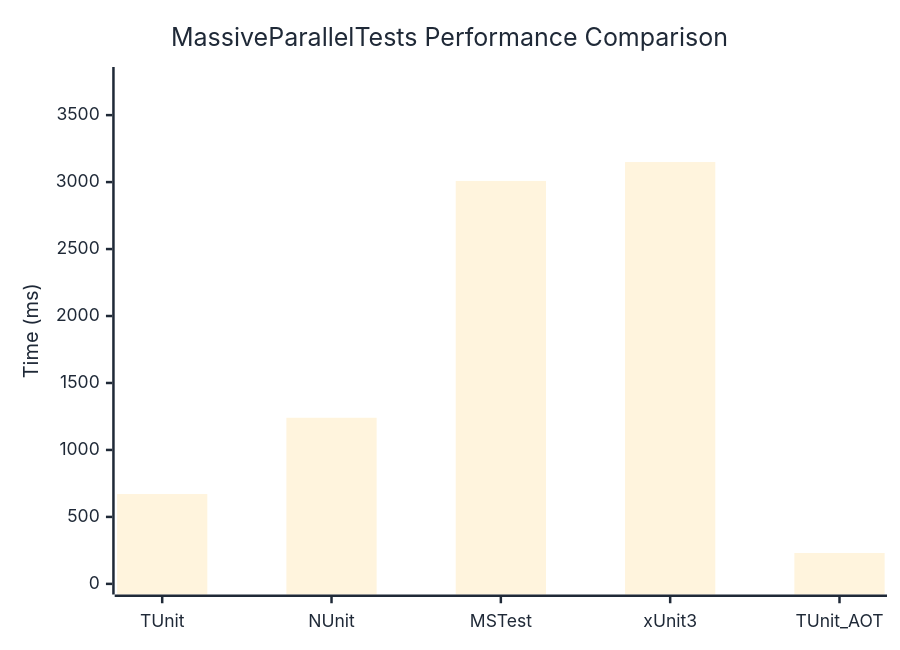
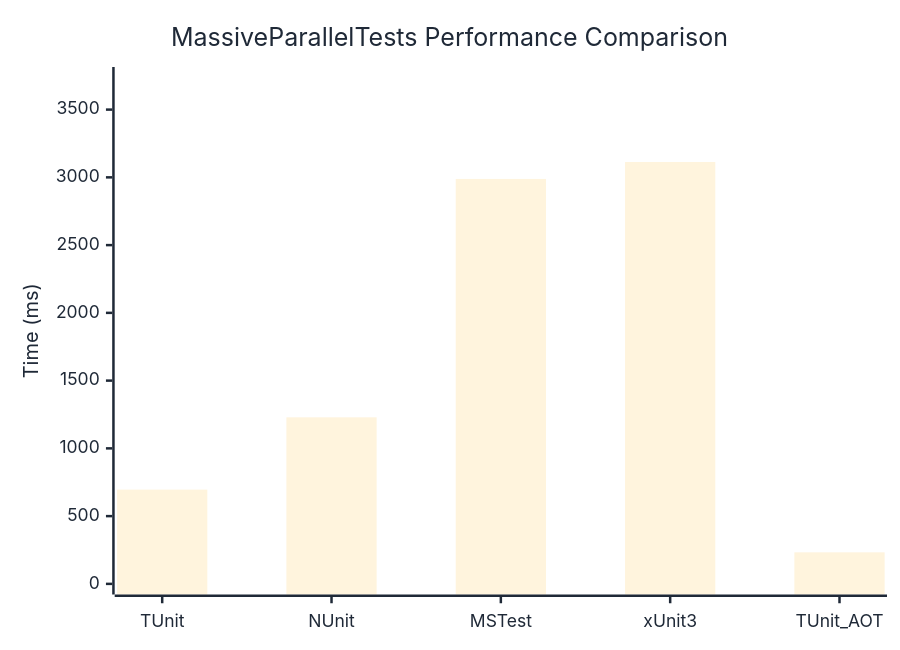
Before and after one commit to weiyilai/TUnit: the diagram in docs/docs/benchmarks/MassiveParallelTests.md, drawn with Mermaid. The commit also changed other lines of this file and 16 other files, not shown here.

````diff
--- a/docs/docs/benchmarks/MassiveParallelTests.md
+++ b/docs/docs/benchmarks/MassiveParallelTests.md
@@ -27,37 +27,37 @@
 ```mermaid
 %%{init: {
   'theme':'base',
   'themeVariables': {
     'primaryColor': '#2563eb',
     'primaryTextColor': '#1f2937',
     'primaryBorderColor': '#1e40af',
     'lineColor': '#6b7280',
     'secondaryColor': '#7c3aed',
     'tertiaryColor': '#dc2626',
     'background': '#ffffff',
     'mainBkg': '#2563eb',
     'secondBkg': '#7c3aed',
     'tertiaryBkg': '#dc2626',
     'clusterBkg': '#f3f4f6',
     'edgeLabelBackground': '#ffffff',
     'tertiaryTextColor': '#1f2937',
     'pie1': '#2563eb',
     'pie2': '#7c3aed',
     'pie3': '#dc2626',
     'pie4': '#f59e0b',
     'pie5': '#10b981',
     'pie6': '#06b6d4',
     'pie7': '#ec4899',
     'pie8': '#6366f1',
     'pie9': '#84cc16',
     'pie10': '#f97316',
     'pie11': '#14b8a6',
     'pie12': '#a855f7'
   }
 }}%%
 xychart-beta
   title "MassiveParallelTests Performance Comparison"
   x-axis ["TUnit", "NUnit", "MSTest", "xUnit3", "TUnit_AOT"]
-  y-axis "Time (ms)" 0 --> 3780
-  bar [670.7, 1240.3, 3008.7, 3149.7, 230.6]
+  y-axis "Time (ms)" 0 --> 3736
+  bar [695.7, 1229.1, 2988.4, 3113.2, 232.8]
 ```
````
